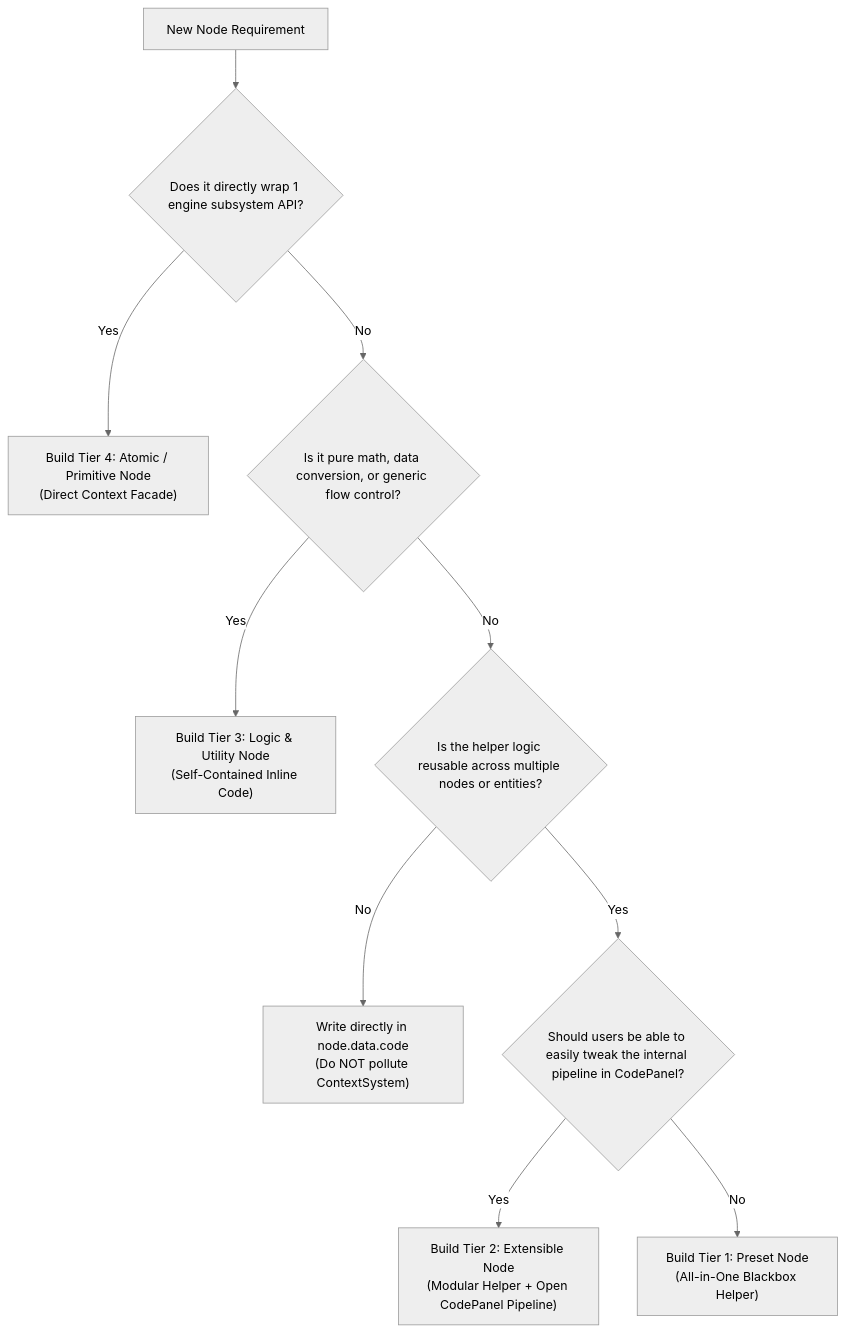
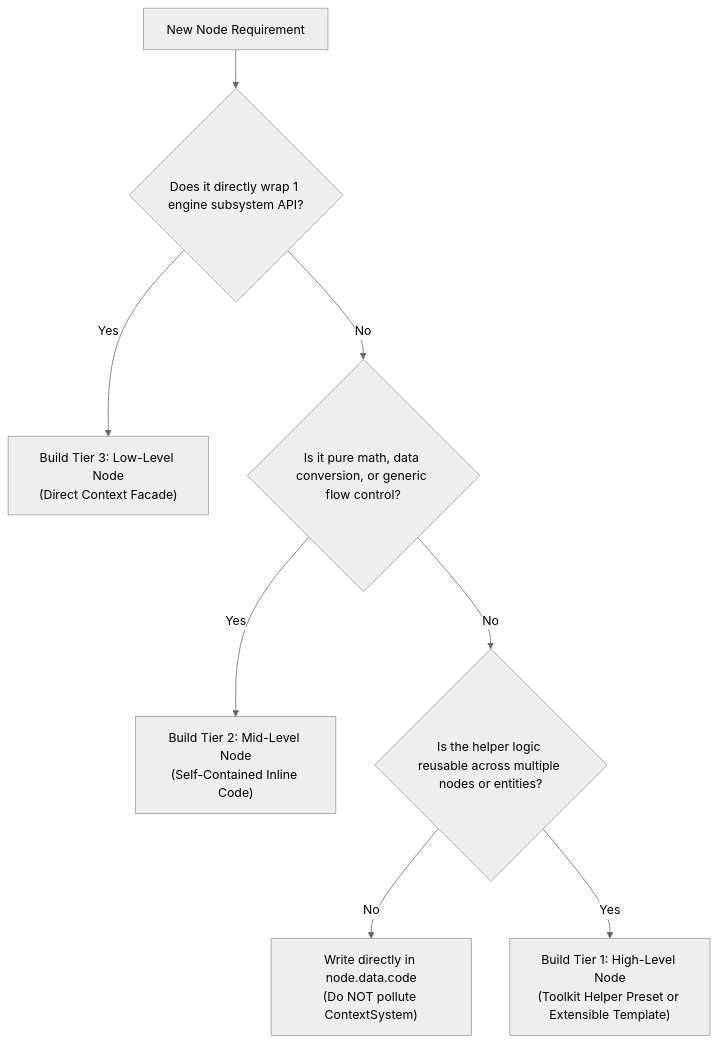
One commit to haikal-adnan/lupis-engine changed the fourth of 5 diagrams in docs/visual-scripting.md. Above: the diagram before and after it, drawn with Mermaid (neutral theme). The commit also changed other lines of this file and 12 other files, not shown here.

````diff
--- a/docs/visual-scripting.md
+++ b/docs/visual-scripting.md
@@ -169,12 +161,10 @@
 ```mermaid
 flowchart TD
     Start["New Node Requirement"] --> Q1{"Does it directly wrap 1 engine subsystem API?"}
-    Q1 -- Yes --> T4["Build Tier 4: Atomic / Primitive Node<br/>(Direct Context Facade)"]
+    Q1 -- Yes --> T3["Build Tier 3: Low-Level Node<br/>(Direct Context Facade)"]
     Q1 -- No --> Q2{"Is it pure math, data conversion, or generic flow control?"}
-    Q2 -- Yes --> T3["Build Tier 3: Logic & Utility Node<br/>(Self-Contained Inline Code)"]
+    Q2 -- Yes --> T2["Build Tier 2: Mid-Level Node<br/>(Self-Contained Inline Code)"]
     Q2 -- No --> QR{"Is the helper logic reusable across multiple nodes or entities?"}
     QR -- No --> SingleNode["Write directly in node.data.code<br/>(Do NOT pollute ContextSystem)"]
-    QR -- Yes --> Q3{"Should users be able to easily tweak the internal pipeline in CodePanel?"}
-    Q3 -- Yes --> T2["Build Tier 2: Extensible Node<br/>(Modular Helper + Open CodePanel Pipeline)"]
-    Q3 -- No --> T1["Build Tier 1: Preset Node<br/>(All-in-One Blackbox Helper)"]
+    QR -- Yes --> T1["Build Tier 1: High-Level Node<br/>(Toolkit Helper Preset or Extensible Template)"]
 ```
````
